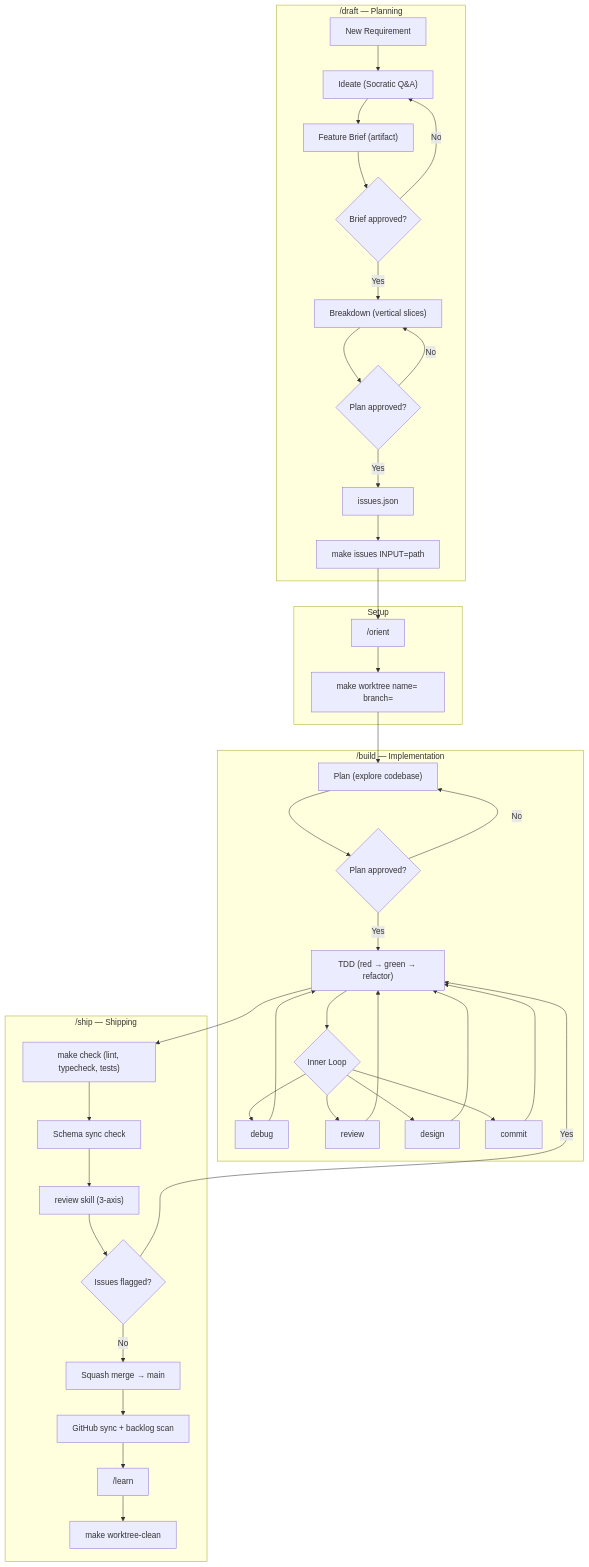
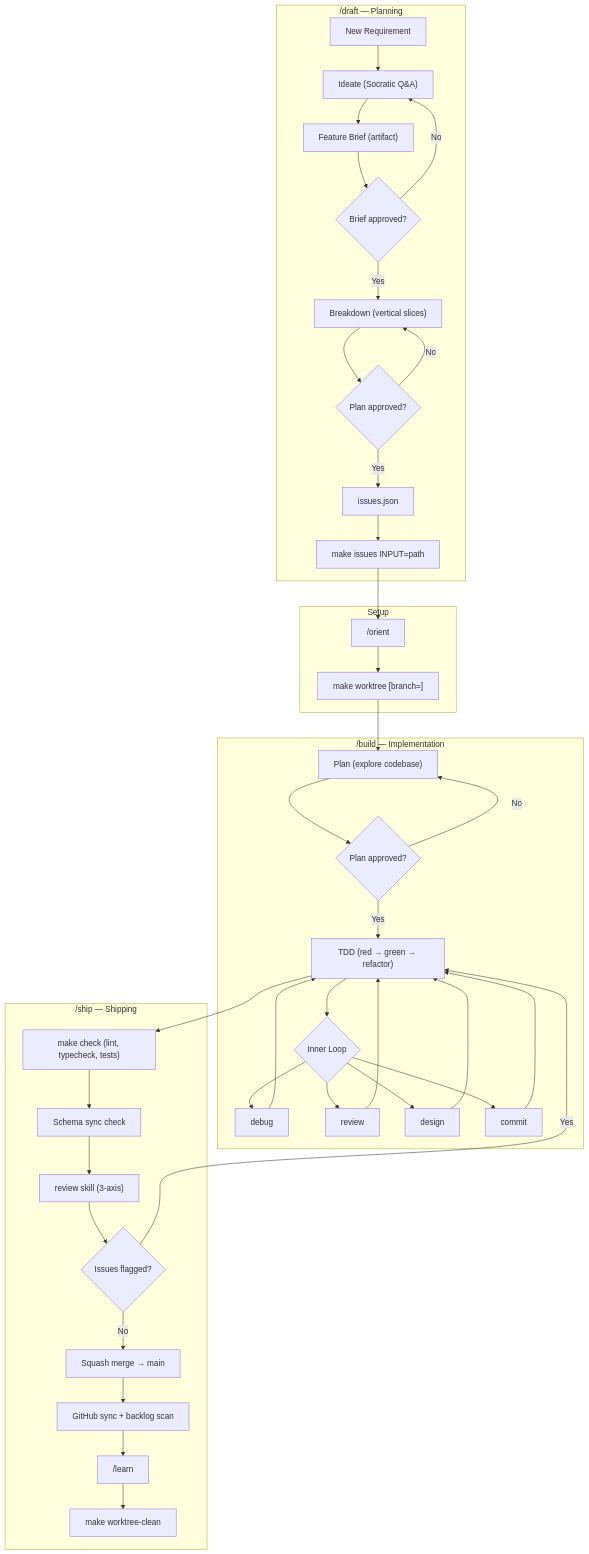
One commit to utsabbera/acme-salary-management changed the diagram in docs/workflow.md. Above: the diagram before and after it, drawn with Mermaid. The commit also changed other lines of this file and 3 other files, not shown here.

First line of the commit message:
feat(workflow): redesign make worktree to accept positional name argument

````diff
--- a/docs/workflow.md
+++ b/docs/workflow.md
@@ -5,53 +5,53 @@
 ```mermaid
 graph TD
     %% Phase 1: Draft
     subgraph P1["/draft — Planning"]
         Req[New Requirement] --> Ideate["Ideate (Socratic Q&A)"]
         Ideate --> Brief["Feature Brief (artifact)"]
         Brief --> Gate1{Brief approved?}
         Gate1 -- No --> Ideate
         Gate1 -- Yes --> Breakdown["Breakdown (vertical slices)"]
         Breakdown --> Gate2{Plan approved?}
         Gate2 -- No --> Breakdown
         Gate2 -- Yes --> JSON["issues.json"]
         JSON --> MakeIssues["make issues INPUT=path"]
     end
 
     %% Phase 2: Setup
     subgraph P2["Setup"]
         MakeIssues --> Orient["/orient"]
-        Orient --> Worktree["make worktree name= branch="]
+        Orient --> Worktree["make worktree <name> [branch=]"]
     end
 
     %% Phase 3: Build
     subgraph P3["/build — Implementation"]
         Worktree --> Plan["Plan (explore codebase)"]
         Plan --> Gate3{Plan approved?}
         Gate3 -- No --> Plan
         Gate3 -- Yes --> TDD["TDD (red → green → refactor)"]
 
         TDD --> InnerLoop{Inner Loop}
         InnerLoop --> Debug["debug"]
         InnerLoop --> Review["review"]
         InnerLoop --> Design["design"]
         InnerLoop --> Commit["commit"]
 
         Debug --> TDD
         Review --> TDD
         Design --> TDD
         Commit --> TDD
     end
 
     %% Phase 4: Ship
     subgraph P4["/ship — Shipping"]
         TDD --> Check["make check (lint, typecheck, tests)"]
         Check --> SchemaSync["Schema sync check"]
         SchemaSync --> AIReview["review skill (3-axis)"]
         AIReview --> Gate4{Issues flagged?}
         Gate4 -- Yes --> TDD
         Gate4 -- No --> Merge["Squash merge → main"]
         Merge --> GHSync["GitHub sync + backlog scan"]
         GHSync --> Learn["/learn"]
         Learn --> Clean["make worktree-clean"]
     end
 ```
````
